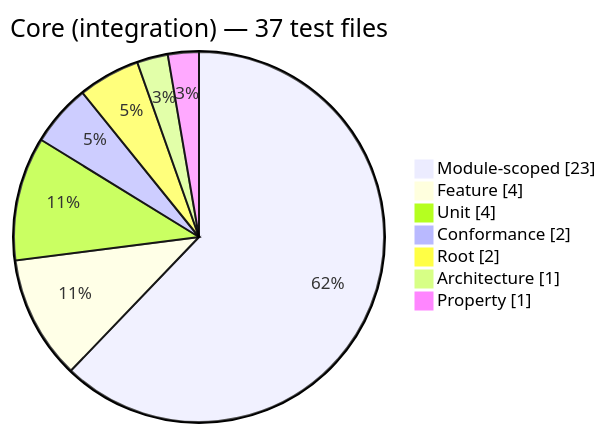
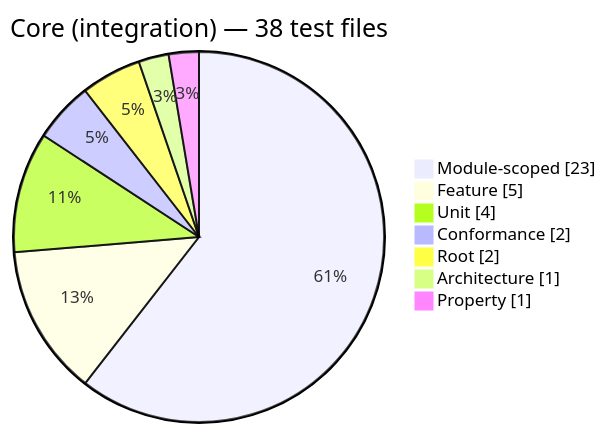
Before and after one commit to Mohammed-Alama/php-arazzo: diagram 11 of 12 in docs/generated/test-composition.md, drawn with Mermaid. The commit also changed other lines of this file and 14 other files, not shown here.

````diff
--- a/docs/generated/test-composition.md
+++ b/docs/generated/test-composition.md
@@ -150,11 +150,11 @@
 ```mermaid
 pie showData
-    title Core (integration) — 37 test files
+    title Core (integration) — 38 test files
     "Module-scoped": 23
-    "Feature": 4
+    "Feature": 5
     "Unit": 4
     "Conformance": 2
     "Root": 2
     "Architecture": 1
     "Property": 1
 ```
````
